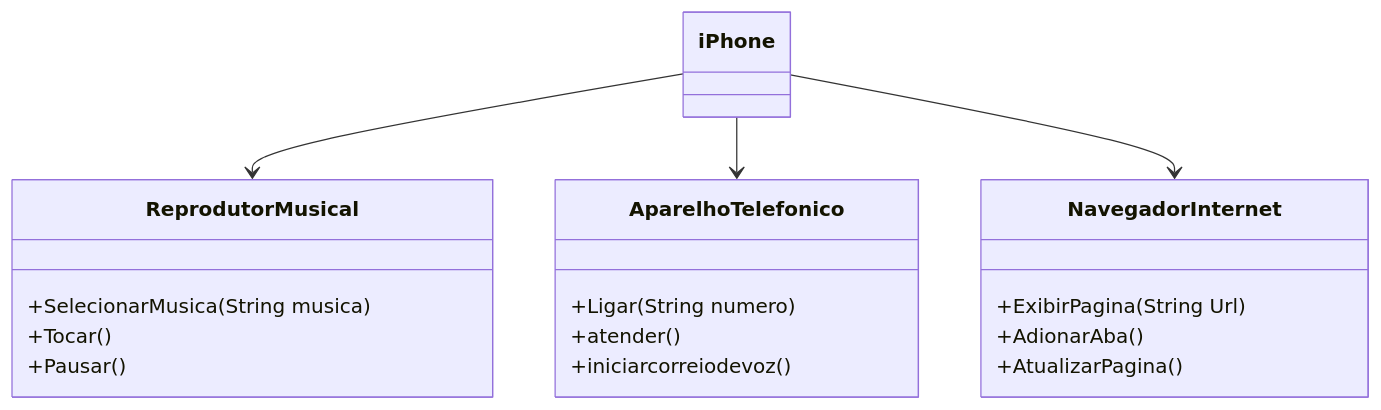
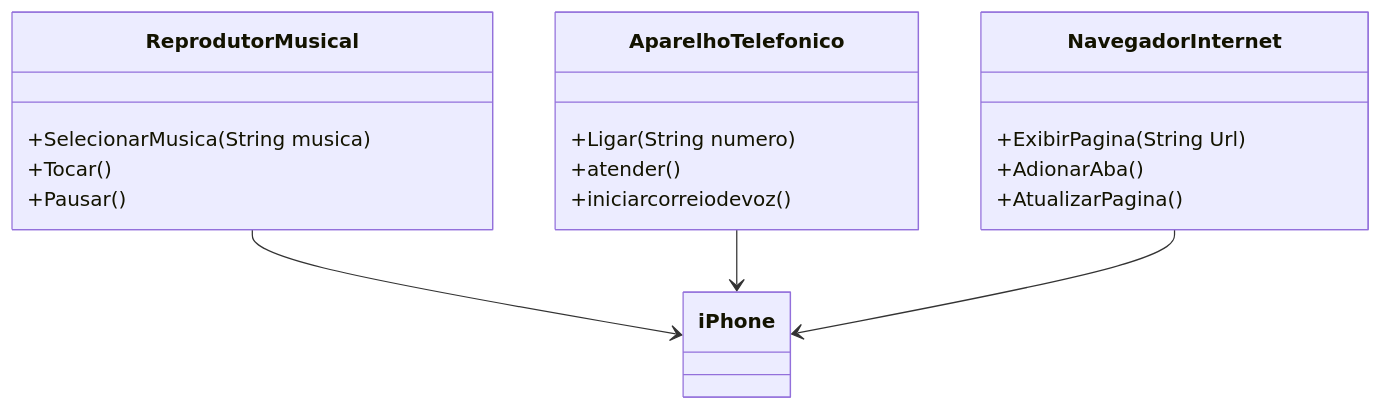
The diagram in README.md (LuizSena1/IPHONE-DIO), drawn with Mermaid before and after one commit.

````diff
--- a/README.md
+++ b/README.md
@@ -1,27 +1,27 @@
 ```mermaid
 classDiagram
     class ReprodutorMusical {
         +SelecionarMusica(String musica)
         +Tocar()
         +Pausar()
     }
 
     class AparelhoTelefonico {
         +Ligar(String numero)
         +atender()
         +iniciarcorreiodevoz()
     }
 
     class NavegadorInternet {
         +ExibirPagina(String Url)
         +AdionarAba()
         +AtualizarPagina()
     }
 
     class iPhone {
     }
 
-    iPhone --> ReprodutorMusical
-    iPhone --> AparelhoTelefonico
-    iPhone --> NavegadorInternet
+    ReprodutorMusical --> iPhone
+    AparelhoTelefonico --> iPhone
+    NavegadorInternet --> iPhone
 ```
````
